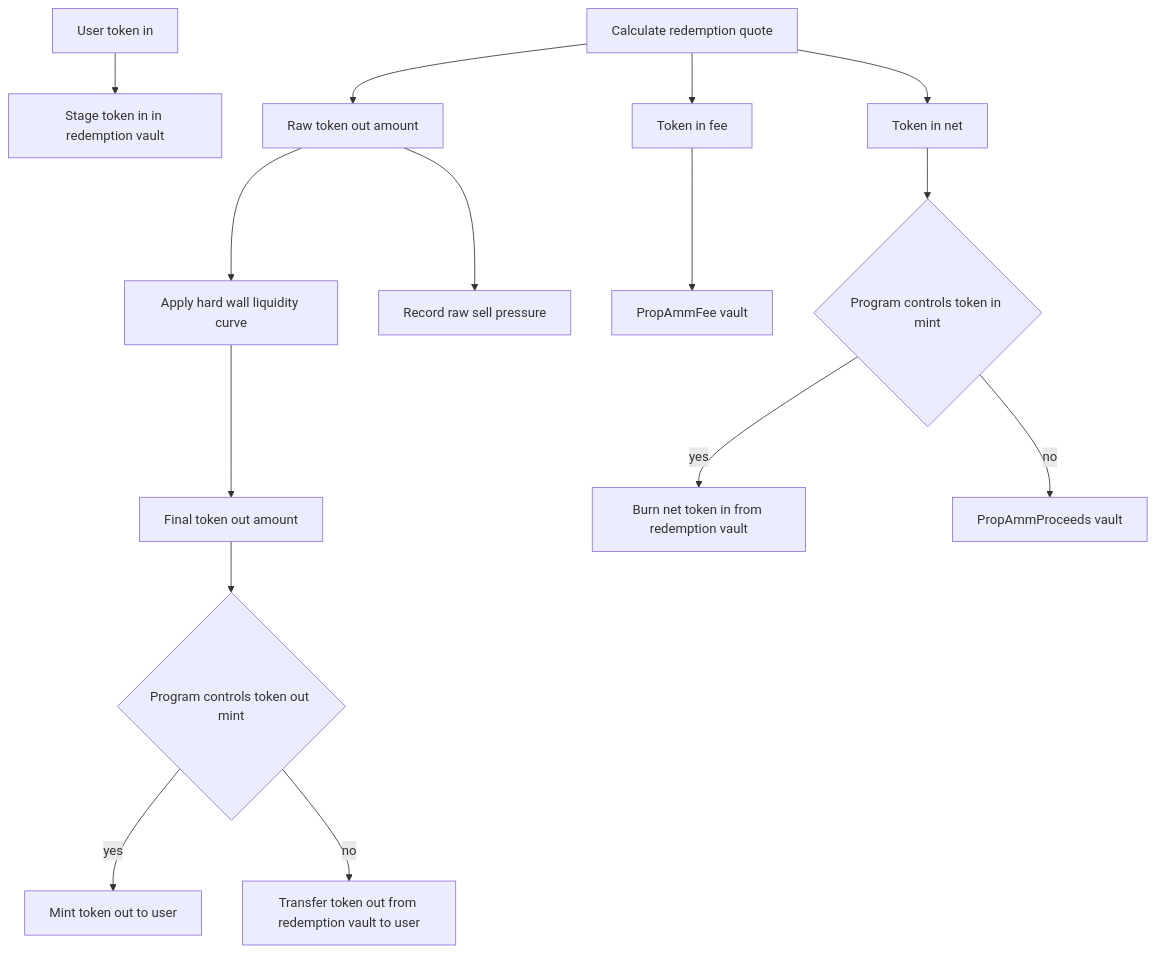
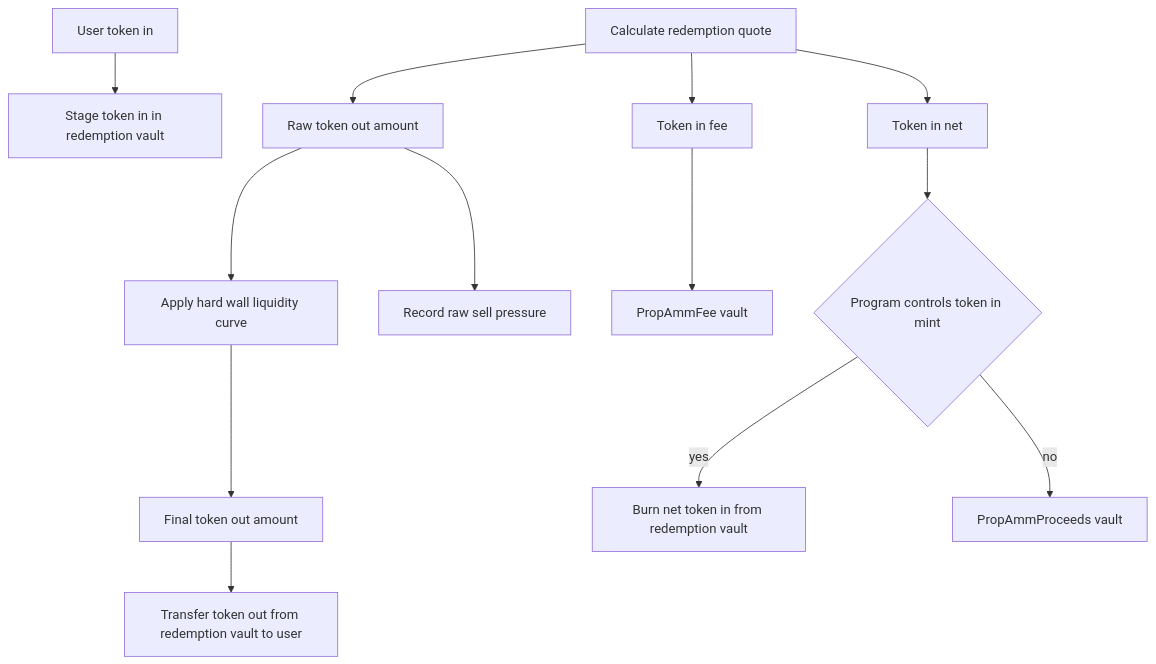
The eighth of 8 diagrams in docs/TOKEN_FLOW_ROUTING.md (talllo/onre-sol-fuzz), drawn with Mermaid before and after one commit. The commit also changed other lines of this file and 5 other files, not shown here.

Commit message:
Simplify redemption payouts to vault transfers

````diff
--- a/docs/TOKEN_FLOW_ROUTING.md
+++ b/docs/TOKEN_FLOW_ROUTING.md
@@ -218,22 +217,20 @@
 ```mermaid
 flowchart TD
     Calc[Calculate redemption quote]
     Calc --> RawOut[Raw token out amount]
     RawOut --> Wall[Apply hard wall liquidity curve]
     Wall --> FinalOut[Final token out amount]
     RawOut --> RecordSell[Record raw sell pressure]
     UserIn[User token in] --> Stage[Stage token in in redemption vault]
 
     Calc --> Fee[Token in fee]
     Calc --> Net[Token in net]
 
     Fee --> AmmFee[PropAmmFee vault]
 
     Net --> InMintMode{Program controls token in mint}
     InMintMode -- yes --> Burn[Burn net token in from redemption vault]
     InMintMode -- no --> AmmProceeds[PropAmmProceeds vault]
 
-    FinalOut --> OutMintMode{Program controls token out mint}
-    OutMintMode -- yes --> Mint[Mint token out to user]
-    OutMintMode -- no --> Pay[Transfer token out from redemption vault to user]
+    FinalOut --> Pay[Transfer token out from redemption vault to user]
 ```
````
